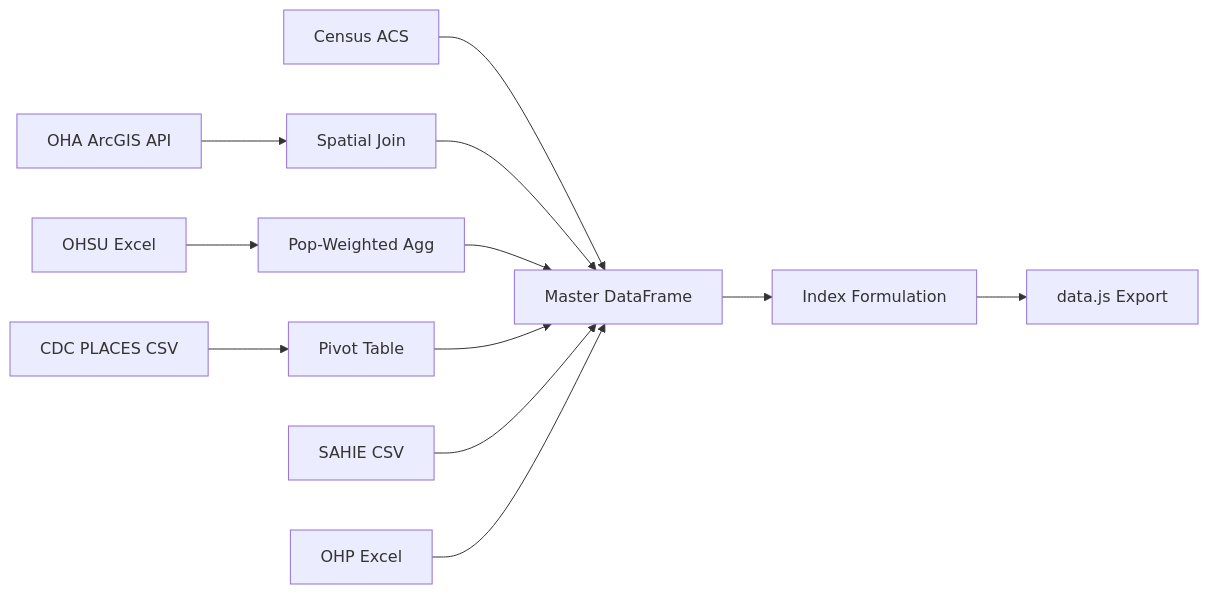
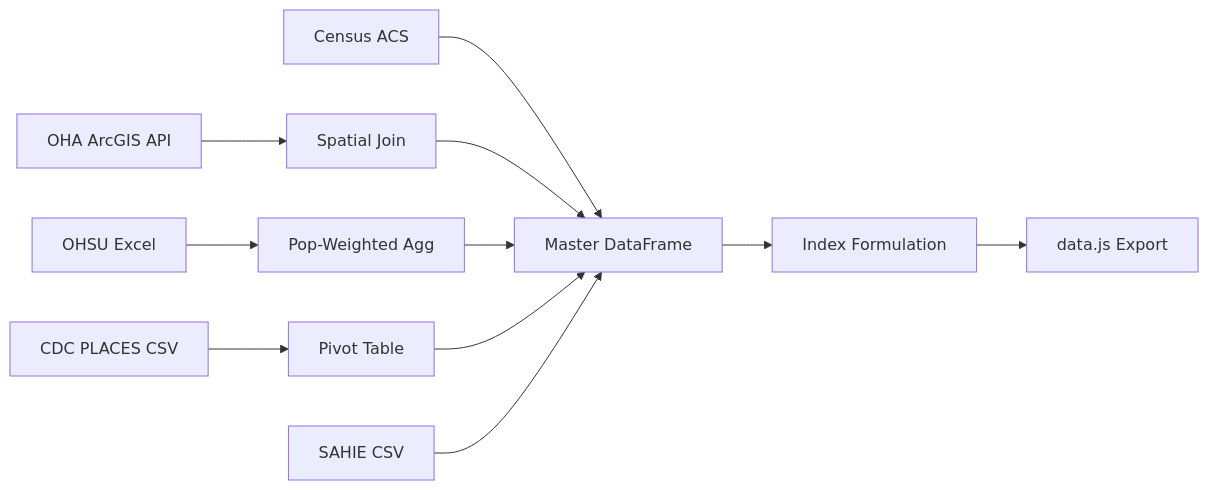
Before and after one commit to annpdx/USP510Final: the diagram in pipeline_slides.qmd, drawn with Mermaid. The commit also changed other lines of this file and 5 other files, not shown here.

````diff
--- a/pipeline_slides.qmd
+++ b/pipeline_slides.qmd
@@ -60,11 +59,10 @@
 ```{mermaid}
 flowchart LR
   A[Census ACS] --> M[Master DataFrame]
   B[OHA ArcGIS API] --> S[Spatial Join] --> M
   C[OHSU Excel] --> W[Pop-Weighted Agg] --> M
   D[CDC PLACES CSV] --> P[Pivot Table] --> M
   E[SAHIE CSV] --> M
-  F[OHP Excel] --> M
   M --> I[Index Formulation]
   I --> J[data.js Export]
 ```
````
